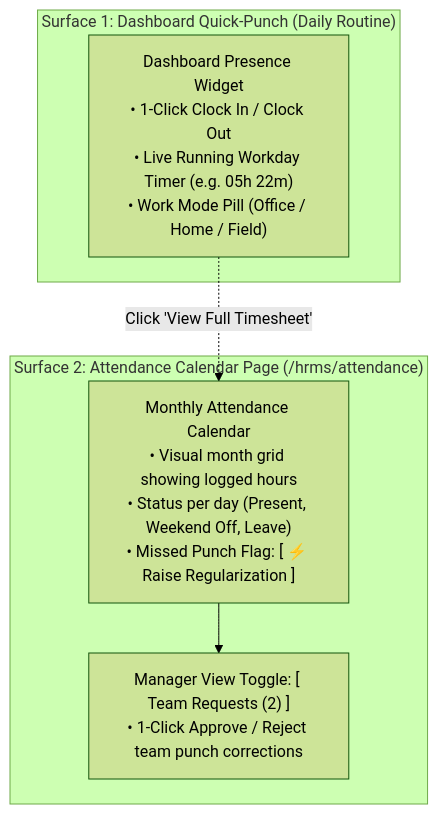
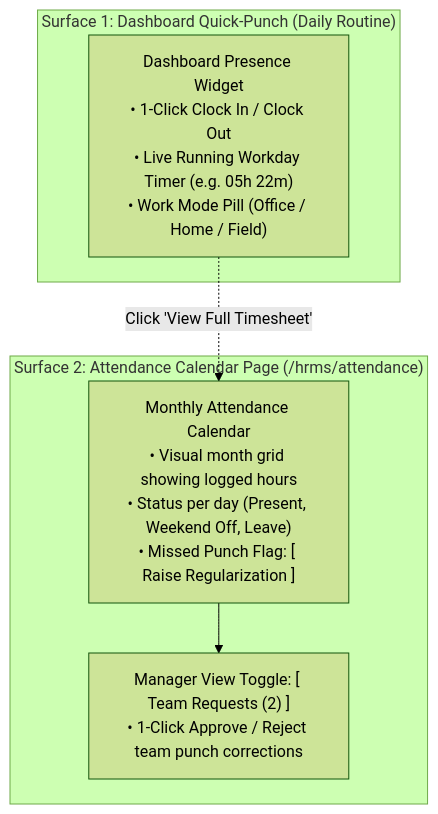
Before and after one commit to innostes-dev/erp: the first of 3 diagrams in research/final_modules/hrms/02_time_attendance_and_shifts.md, drawn with Mermaid (forest theme). The commit also changed other lines of this file and 2 other files, not shown here.

Commit message:
feat(holidays): add annual holiday calendar architecture, seeder import packs, and past holiday immutability guard

````diff
--- a/research/final_modules/hrms/02_time_attendance_and_shifts.md
+++ b/research/final_modules/hrms/02_time_attendance_and_shifts.md
@@ -15,13 +15,13 @@
 ```mermaid
 flowchart TD
     subgraph Surface1["Surface 1: Dashboard Quick-Punch (Daily Routine)"]
         DashWidget["Dashboard Presence Widget<br/>• 1-Click Clock In / Clock Out<br/>• Live Running Workday Timer (e.g. 05h 22m)<br/>• Work Mode Pill (Office / Home / Field)"]
     end
 
     subgraph Surface2["Surface 2: Attendance Calendar Page (/hrms/attendance)"]
-        Calendar["Monthly Attendance Calendar<br/>• Visual month grid showing logged hours<br/>• Status per day (Present, Weekend Off, Leave)<br/>• Missed Punch Flag: [ ⚡ Raise Regularization ]"]
+        Calendar["Monthly Attendance Calendar<br/>• Visual month grid showing logged hours<br/>• Status per day (Present, Weekend Off, Leave)<br/>• Missed Punch Flag: [ Raise Regularization ]"]
         Calendar --> MgrToggle["Manager View Toggle: [ Team Requests (2) ]<br/>• 1-Click Approve / Reject team punch corrections"]
     end
 
     DashWidget -.->|Click 'View Full Timesheet'| Calendar
 ```
````
